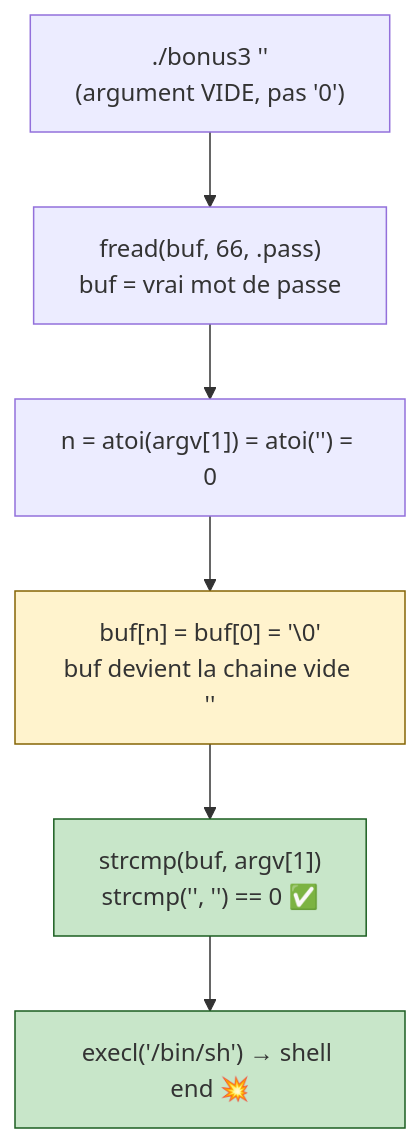
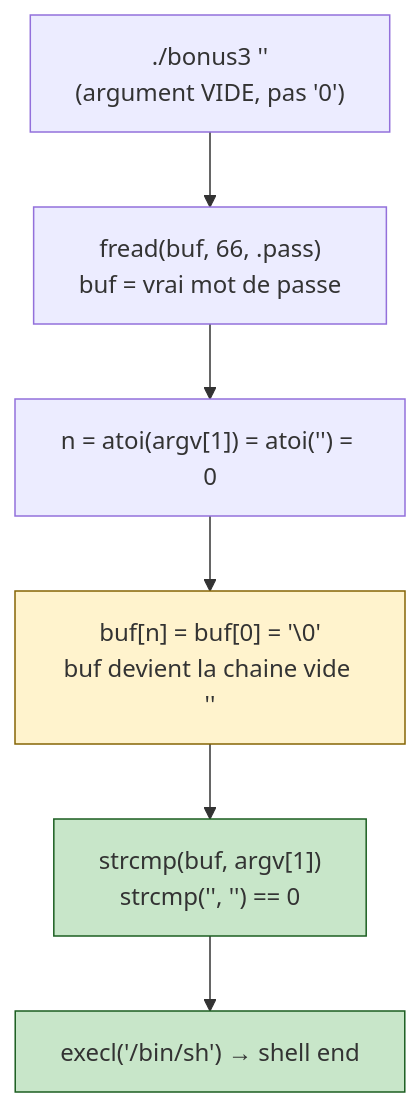
Before and after one commit to ft-Monolith/Rainfall: the diagram in bonus3/walkthrough.md, drawn with Mermaid. The commit also changed other lines of this file and 6 other files, not shown here.

````diff
--- a/bonus3/walkthrough.md
+++ b/bonus3/walkthrough.md
@@ -16,14 +16,14 @@
 ```mermaid
 flowchart TD
     RUN["./bonus3 ''<br/>(argument VIDE, pas '0')"]
 
     RUN --> F["fread(buf, 66, .pass)<br/>buf = vrai mot de passe"]
     F --> N["n = atoi(argv[1]) = atoi('') = 0"]
     N --> CUT["buf[n] = buf[0] = '\0'<br/>buf devient la chaine vide ''"]
-    CUT --> CMP["strcmp(buf, argv[1])<br/>strcmp('', '') == 0 ✅"]
-    CMP --> SH["execl('/bin/sh') → shell end 💥"]
+    CUT --> CMP["strcmp(buf, argv[1])<br/>strcmp('', '') == 0 "]
+    CMP --> SH["execl('/bin/sh') → shell end "]
 
     style CUT fill:#fff3cd,stroke:#856404
     style CMP fill:#c8e6c9,stroke:#1b5e20
     style SH fill:#c8e6c9,stroke:#1b5e20
 ```
````
